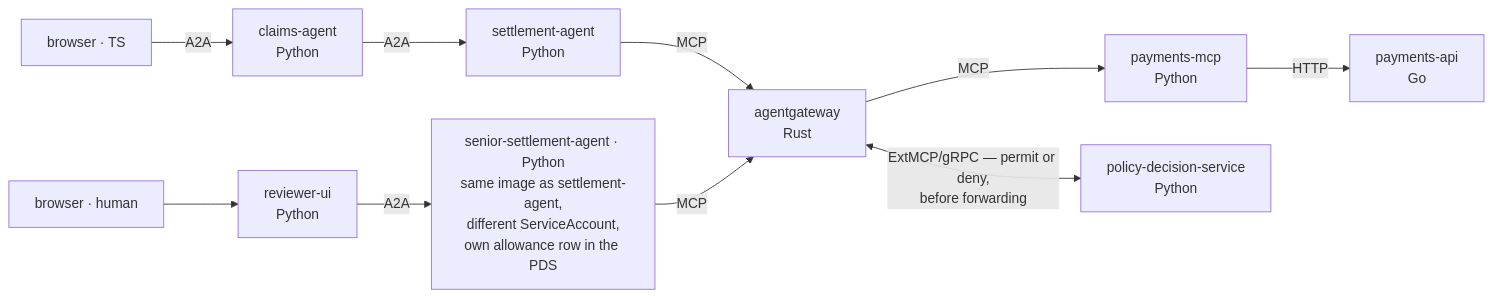
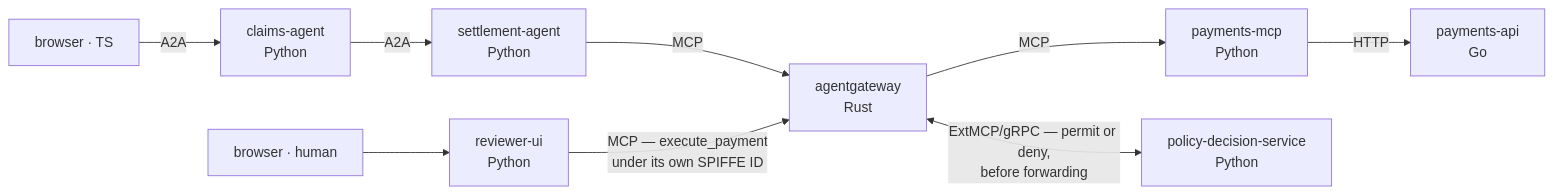
The first of 2 diagrams in README.md (kaspernissen/aip-demo), drawn with Mermaid before and after one commit. The commit also changed other lines of this file and 106 other files, not shown here.

```diff
--- a/README.md
+++ b/README.md
@@ -57,24 +60,21 @@
 <pre class="mermaid">
 flowchart LR
     br["browser · TS"] -->|A2A| ca["`claims-agent
       Python`"]
     ca -->|A2A| sa["`settlement-agent
       Python`"]
     sa -->|MCP| gw["`agentgateway
       Rust`"]
     gw -->|MCP| pm["`payments-mcp
       Python`"]
     pm -->|HTTP| pa["`payments-api
       Go`"]
     gw <-->|"`ExtMCP/gRPC — permit or deny,
       before forwarding`"| pds["`policy-decision-service
       Python`"]
 
     hb["browser · human"] --> ru["`reviewer-ui
       Python`"]
-    ru -->|A2A| ss["`senior-settlement-agent · Python
-      same image as settlement-agent,
-      different ServiceAccount,
-      own allowance row in the PDS`"]
-    ss -->|MCP| gw
+    ru -->|"`MCP — execute_payment
+      under its own SPIFFE ID`"| gw
 </pre>
```
